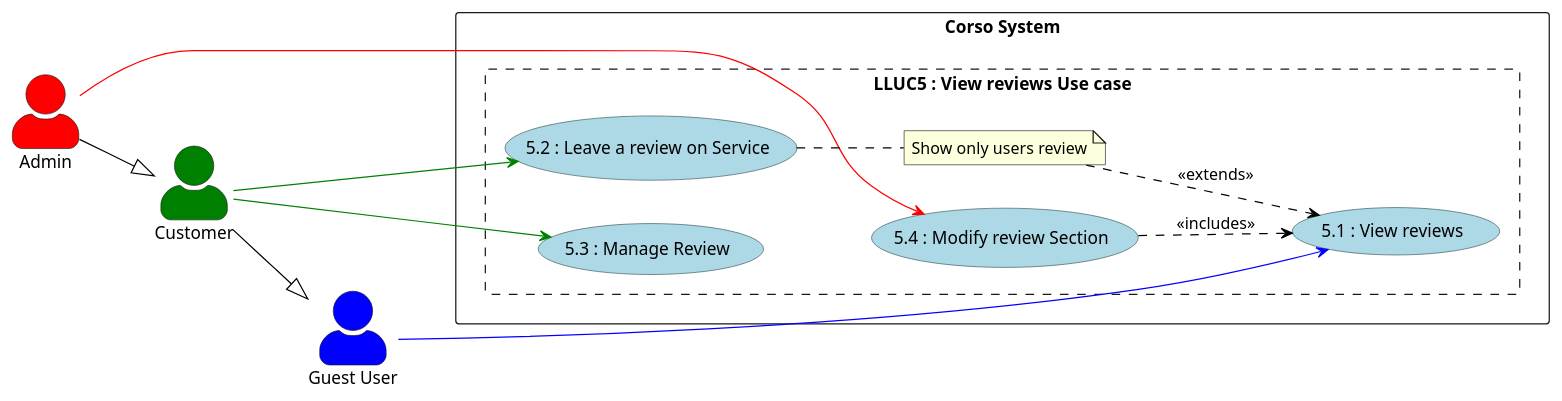
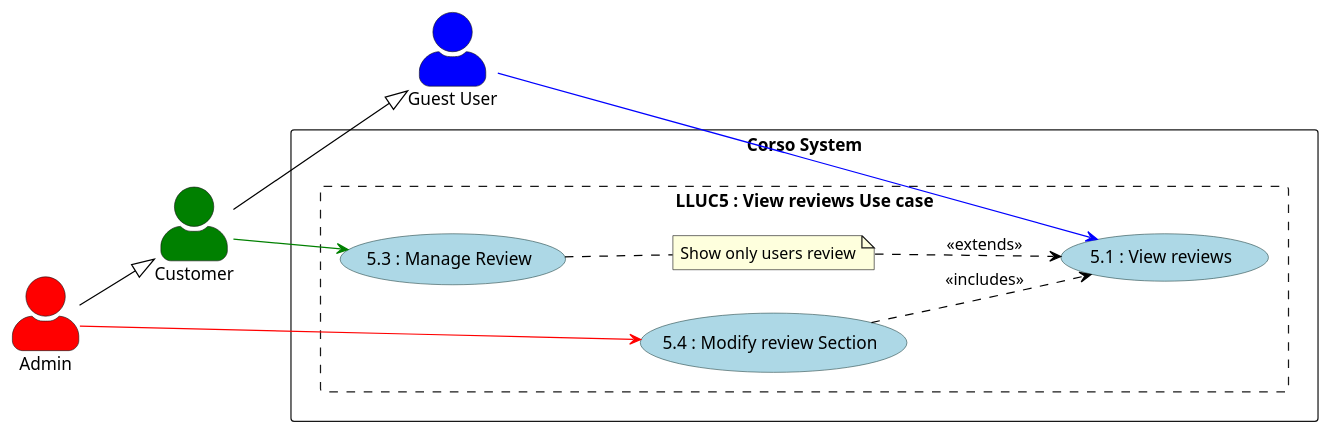
One commit to DylanBrass/Corso-Website changed the diagram in Diagrams/UseCases/Low Level/LL_Reviews.puml. Above: the diagram before and after it, drawn with PlantUML. The commit also changed 13 other files, not shown here.

```diff
--- a/Diagrams/UseCases/Low Level/LL_Reviews.puml
+++ b/Diagrams/UseCases/Low Level/LL_Reviews.puml
@@ -1,42 +1,38 @@
 @startuml
 left to right direction
 skinparam actorStyle awesome
 skinparam usecase {
     BackgroundColor LightBlue
     BorderColor DarkSlateGray
     ArrowColor Black
     ActorBorderColor black
     ActorFontName Courier
     ActorBackgroundColor<< Human >> Gold
 }
 
 actor  "Guest User" as Anonymous #Blue
 actor  "Admin" as Admin #Red
 actor  "Customer" as User #Green
 rectangle "Corso System"{
 rectangle "LLUC5 : View reviews Use case" as Reviews #line.dashed {
     usecase "5.1 : View reviews" as UC13
-    usecase "5.2 : Leave a review on Service" as UC14
     usecase "5.3 : Manage Review" as UC15
     usecase "5.4 : Modify review Section" as UC16
 
     Anonymous -[#blue]-> UC13
     Admin -[#red]-> UC16
     User -[#green]-> UC15
-    User -[#green]-> UC14
 
     UC16 -[dashed]-> UC13 : <<includes>>
 
     note "Show only users review" as N1
-    (UC14) -[dashed]- N1
+    (UC15) -[dashed]- N1
     N1 -[dashed]-> (UC13) : <<extends>>
 
     UC15 -[hidden]- UC16
   }
 }
 
-
-Anonymous -[hidden]-> UC14
 User --|> Anonymous
 Admin --|> User
 @endpuml
```
